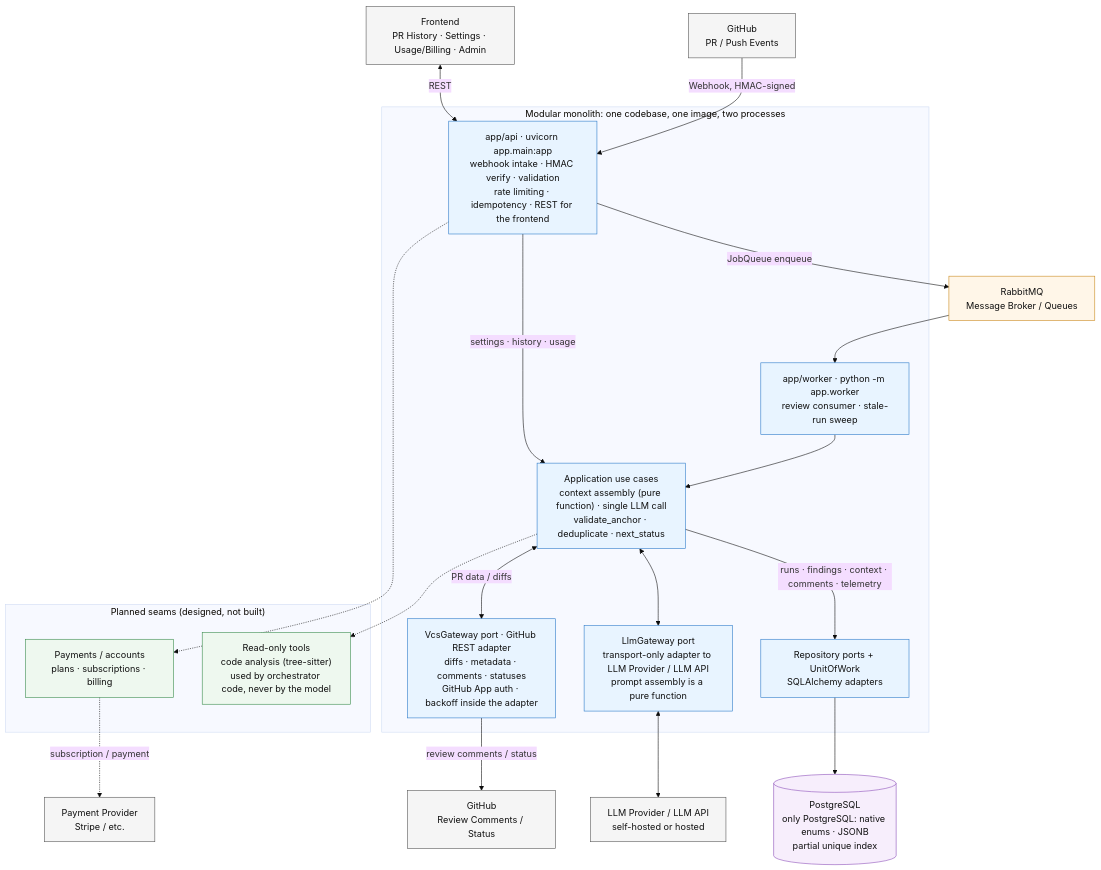
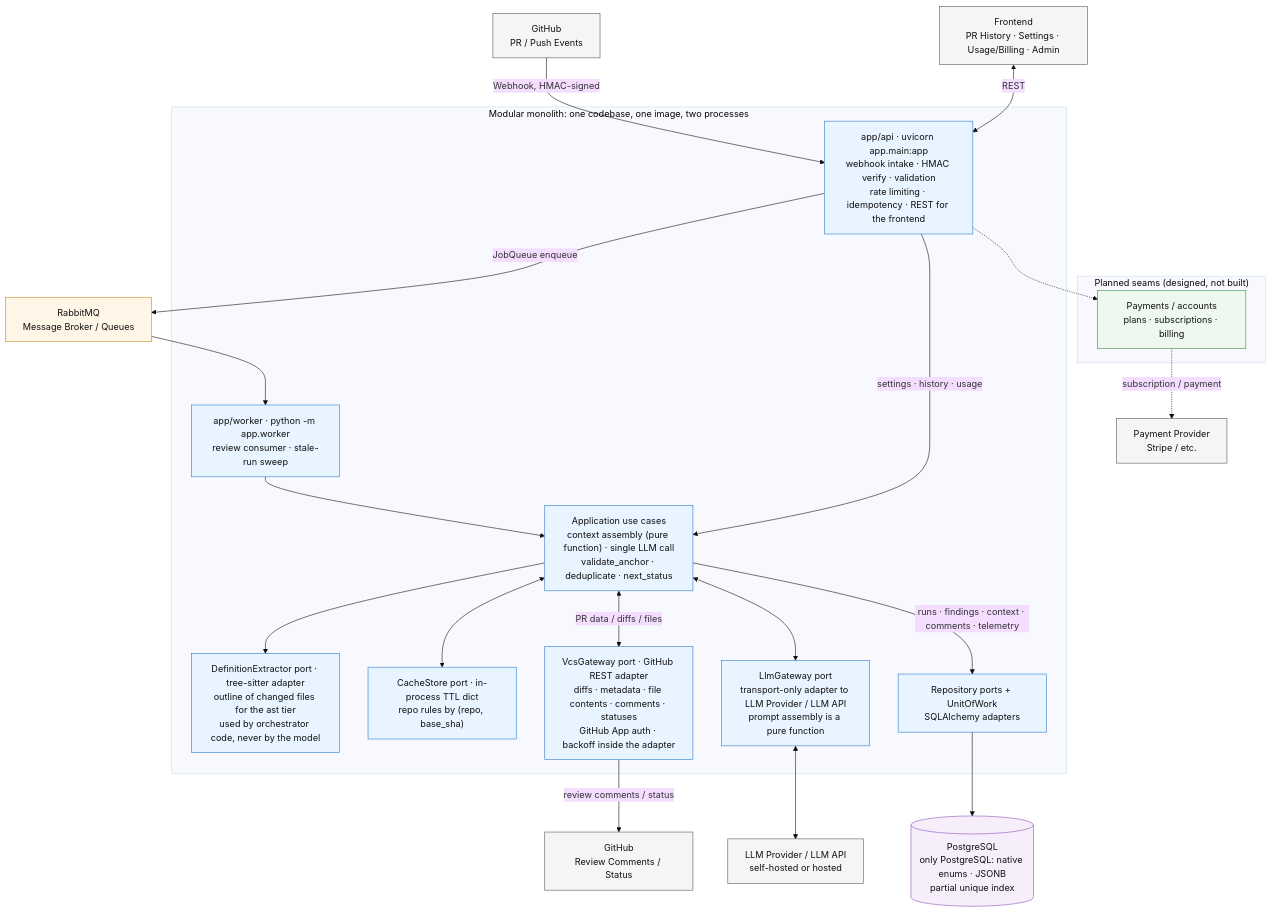
Before and after one commit to larchanka-training/dmc-268-api-t1: the diagram in docs/SYSTEM_DESIGN.md, drawn with Mermaid (base theme). The commit also changed other lines of this file and 12 other files, not shown here.

First line of the commit message:
fix: реквизиты GitHub App воркеру, документы сверены со сборкой контекста

````diff
--- a/docs/SYSTEM_DESIGN.md
+++ b/docs/SYSTEM_DESIGN.md
@@ -9,67 +9,69 @@
 ```mermaid
 flowchart TB
     %% External
     GH[GitHub<br/>PR / Push Events]
     GHR[GitHub<br/>Review Comments / Status]
     PP[Payment Provider<br/>Stripe / etc.]
     LLM[LLM Provider / LLM API<br/>self-hosted or hosted]
     FE[Frontend<br/>PR History · Settings · Usage/Billing · Admin]
 
     %% Infrastructure
     MQ[RabbitMQ<br/>Message Broker / Queues]
     DB[(PostgreSQL<br/>only PostgreSQL: native enums · JSONB<br/>partial unique index)]
 
     %% Modular monolith
     subgraph MONOLITH["Modular monolith: one codebase, one image, two processes"]
         API["app/api · uvicorn app.main:app<br/>webhook intake · HMAC verify · validation<br/>rate limiting · idempotency · REST for the frontend"]
         WORKER["app/worker · python -m app.worker<br/>review consumer · stale-run sweep"]
         ORCH["Application use cases<br/>context assembly (pure function) · single LLM call<br/>validate_anchor · deduplicate · next_status"]
-        VCS["VcsGateway port · GitHub REST adapter<br/>diffs · metadata · comments · statuses<br/>GitHub App auth · backoff inside the adapter"]
+        PARSE["DefinitionExtractor port · tree-sitter adapter<br/>outline of changed files for the ast tier<br/>used by orchestrator code, never by the model"]
+        CACHE["CacheStore port · in-process TTL dict<br/>repo rules by (repo, base_sha)"]
+        VCS["VcsGateway port · GitHub REST adapter<br/>diffs · metadata · file contents · comments · statuses<br/>GitHub App auth · backoff inside the adapter"]
         LGW["LlmGateway port<br/>transport-only adapter to LLM Provider / LLM API<br/>prompt assembly is a pure function"]
         REPOS["Repository ports + UnitOfWork<br/>SQLAlchemy adapters"]
     end
 
     %% Planned seams
     subgraph PLANNED["Planned seams (designed, not built)"]
         PAY["Payments / accounts<br/>plans · subscriptions · billing"]
-        TOOLS["Read-only tools<br/>code analysis (tree-sitter)<br/>used by orchestrator code, never by the model"]
     end
 
     %% Event flow
     GH -->|Webhook, HMAC-signed| API
     FE <-->|REST| API
     API -->|JobQueue enqueue| MQ
     MQ --> WORKER
     WORKER --> ORCH
     API -->|settings · history · usage| ORCH
 
     %% VCS
-    ORCH <-->|PR data / diffs| VCS
+    ORCH <-->|PR data / diffs / files| VCS
+    ORCH --> PARSE
+    ORCH <--> CACHE
     VCS -->|review comments / status| GHR
 
     %% LLM
     ORCH <--> LGW
     LGW <--> LLM
 
     %% Data and telemetry
     ORCH -->|runs · findings · context · comments · telemetry| REPOS
     REPOS --> DB
 
     %% Planned seams
     API -.-> PAY
     PAY -.->|subscription / payment| PP
-    ORCH -.-> TOOLS
 
     %% Styling
     classDef external fill:#f5f5f5,stroke:#555,color:#111;
     classDef core fill:#e8f4ff,stroke:#2878c8,color:#111;
     classDef planned fill:#eef8ef,stroke:#368a4a,color:#111;
     classDef infra fill:#fff6e8,stroke:#c88719,color:#111;
     classDef db fill:#f7eefc,stroke:#8a4db8,color:#111;
 
     class GH,GHR,PP,LLM,FE external;
-    class API,WORKER,ORCH,VCS,LGW,REPOS core;
-    class PAY,TOOLS planned;
+    class API,WORKER,ORCH,VCS,LGW,REPOS,PARSE,CACHE core;
+    class PAY planned;
     class MQ infra;
     class DB db;
 ```
````
